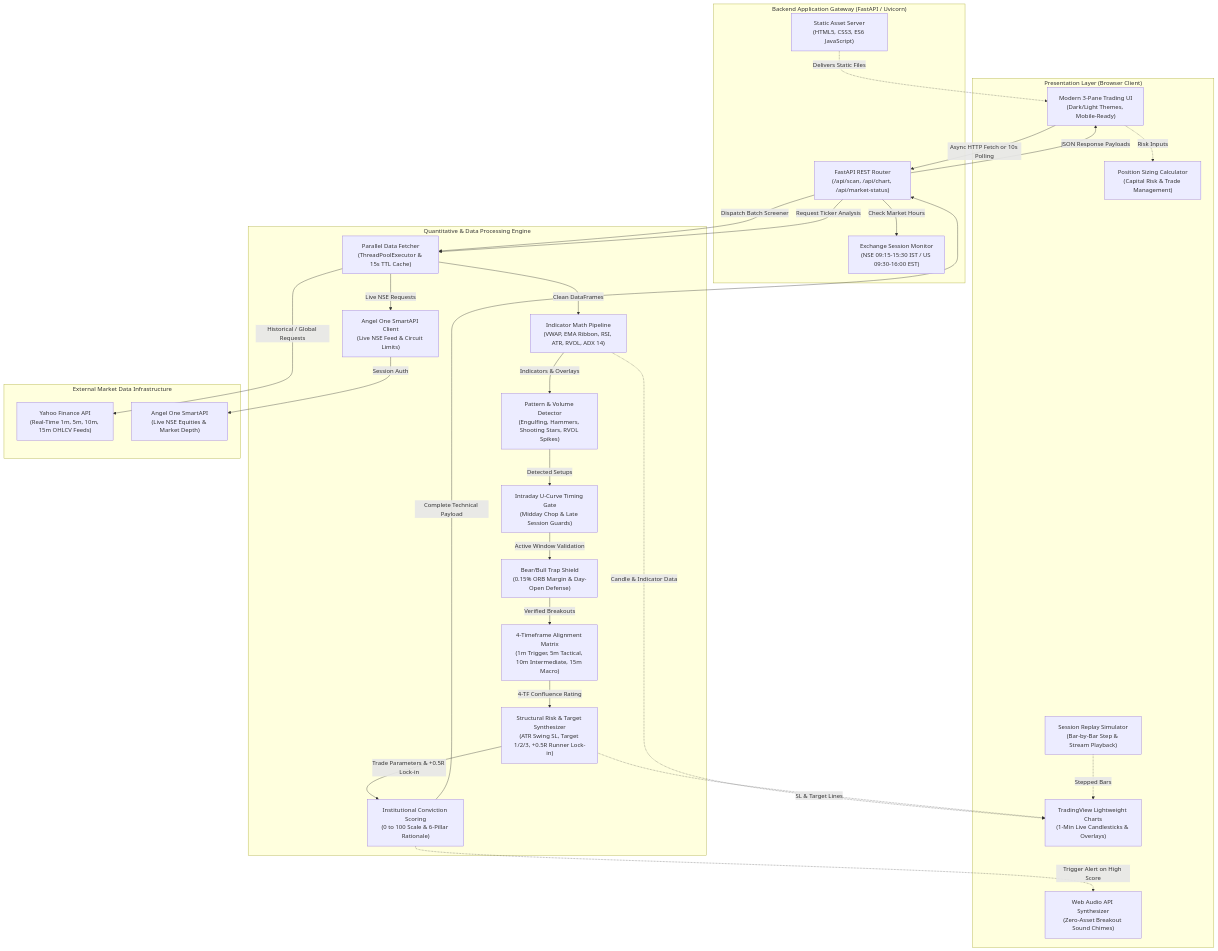
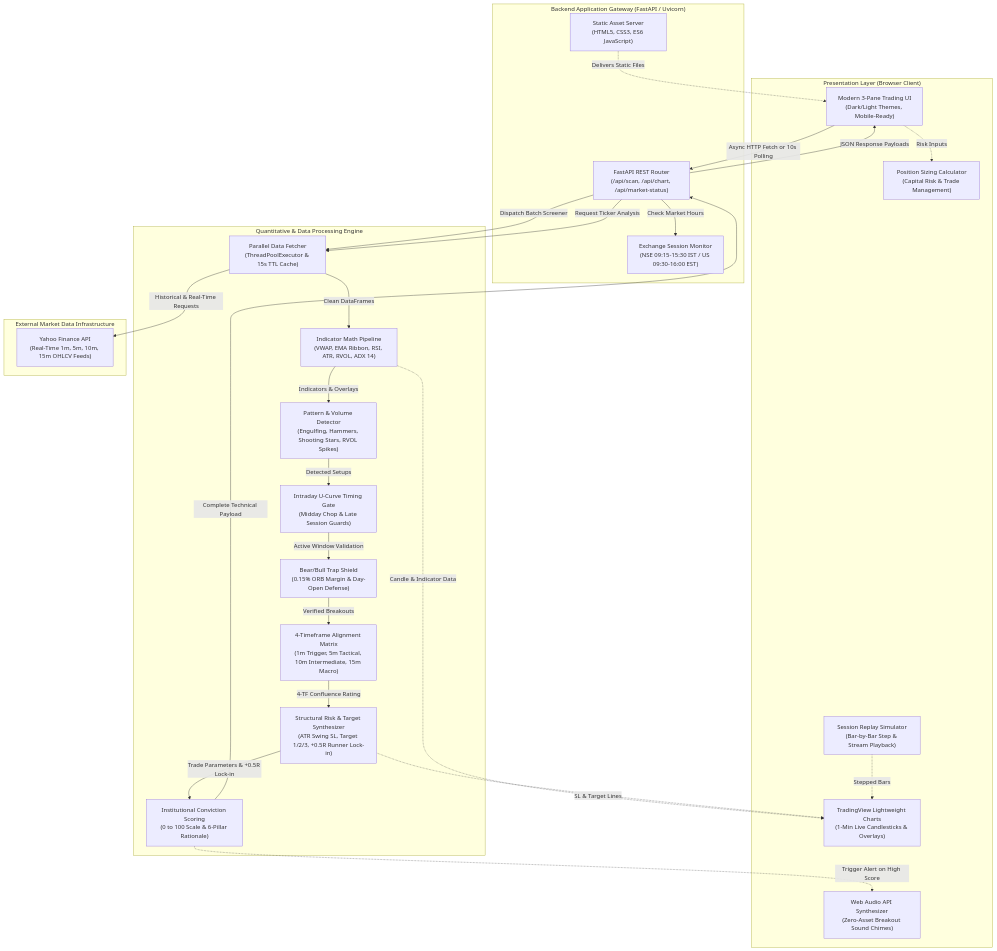
Before and after one commit to amitgupta2005/AntiGravity: the diagram in Intraday Stock Picker/README.md, drawn with Mermaid. The commit also changed other lines of this file and 12 other files, not shown here.

Commit message:
refactor: remove AngelOne API interface and SmartAPI dependencies

````diff
--- a/Intraday Stock Picker/README.md
+++ b/Intraday Stock Picker/README.md
@@ -171,60 +170,56 @@
 ```mermaid
 flowchart TD
     subgraph Client["Presentation Layer (Browser Client)"]
         UI["Modern 3-Pane Trading UI<br/>(Dark/Light Themes, Mobile-Ready)"]
         TVC["TradingView Lightweight Charts<br/>(1-Min Live Candlesticks & Overlays)"]
         Replay["Session Replay Simulator<br/>(Bar-by-Bar Step & Stream Playback)"]
         Audio["Web Audio API Synthesizer<br/>(Zero-Asset Breakout Sound Chimes)"]
         PosCalc["Position Sizing Calculator<br/>(Capital Risk & Trade Management)"]
     end
 
     subgraph Gateway["Backend Application Gateway (FastAPI / Uvicorn)"]
         Router["FastAPI REST Router<br/>(/api/scan, /api/chart, /api/market-status)"]
         SessionClock["Exchange Session Monitor<br/>(NSE 09:15-15:30 IST / US 09:30-16:00 EST)"]
         StaticServer["Static Asset Server<br/>(HTML5, CSS3, ES6 JavaScript)"]
     end
 
     subgraph Quant["Quantitative & Data Processing Engine"]
         DataFetcher["Parallel Data Fetcher<br/>(ThreadPoolExecutor & 15s TTL Cache)"]
-        AngelClient["Angel One SmartAPI Client<br/>(Live NSE Feed & Circuit Limits)"]
         IndicatorPipeline["Indicator Math Pipeline<br/>(VWAP, EMA Ribbon, RSI, ATR, RVOL, ADX 14)"]
         PatternRecognizer["Pattern & Volume Detector<br/>(Engulfing, Hammers, Shooting Stars, RVOL Spikes)"]
         TimingGate["Intraday U-Curve Timing Gate<br/>(Midday Chop & Late Session Guards)"]
         TrapShield["Bear/Bull Trap Shield<br/>(0.15% ORB Margin & Day-Open Defense)"]
         MTFConfluence["4-Timeframe Alignment Matrix<br/>(1m Trigger, 5m Tactical, 10m Intermediate, 15m Macro)"]
         RiskEngine["Structural Risk & Target Synthesizer<br/>(ATR Swing SL, Target 1/2/3, +0.5R Runner Lock-in)"]
         ScoreEngine["Institutional Conviction Scoring<br/>(0 to 100 Scale & 6-Pillar Rationale)"]
     end
 
     subgraph Provider["External Market Data Infrastructure"]
         YahooFinance["Yahoo Finance API<br/>(Real-Time 1m, 5m, 10m, 15m OHLCV Feeds)"]
-        AngelAPI["Angel One SmartAPI<br/>(Live NSE Equities & Market Depth)"]
     end
 
     UI -->|Async HTTP Fetch or 10s Polling| Router
     Router -->|JSON Response Payloads| UI
     Router -->|Check Market Hours| SessionClock
     StaticServer -.->|Delivers Static Files| UI
     
     Router -->|Dispatch Batch Screener| DataFetcher
     Router -->|Request Ticker Analysis| DataFetcher
     
-    DataFetcher -->|Live NSE Requests| AngelClient
-    AngelClient -->|Session Auth| AngelAPI
-    DataFetcher -->|Historical / Global Requests| YahooFinance
+    DataFetcher -->|Historical & Real-Time Requests| YahooFinance
     
     DataFetcher -->|Clean DataFrames| IndicatorPipeline
     IndicatorPipeline -->|Indicators & Overlays| PatternRecognizer
     PatternRecognizer -->|Detected Setups| TimingGate
     TimingGate -->|Active Window Validation| TrapShield
     TrapShield -->|Verified Breakouts| MTFConfluence
     MTFConfluence -->|4-TF Confluence Rating| RiskEngine
     RiskEngine -->|Trade Parameters & +0.5R Lock-in| ScoreEngine
     ScoreEngine -->|Complete Technical Payload| Router
 
     ScoreEngine -.->|Trigger Alert on High Score| Audio
     IndicatorPipeline -.->|Candle & Indicator Data| TVC
     RiskEngine -.->|SL & Target Lines| TVC
     UI -.->|Risk Inputs| PosCalc
     Replay -.->|Stepped Bars| TVC
 ```
````
